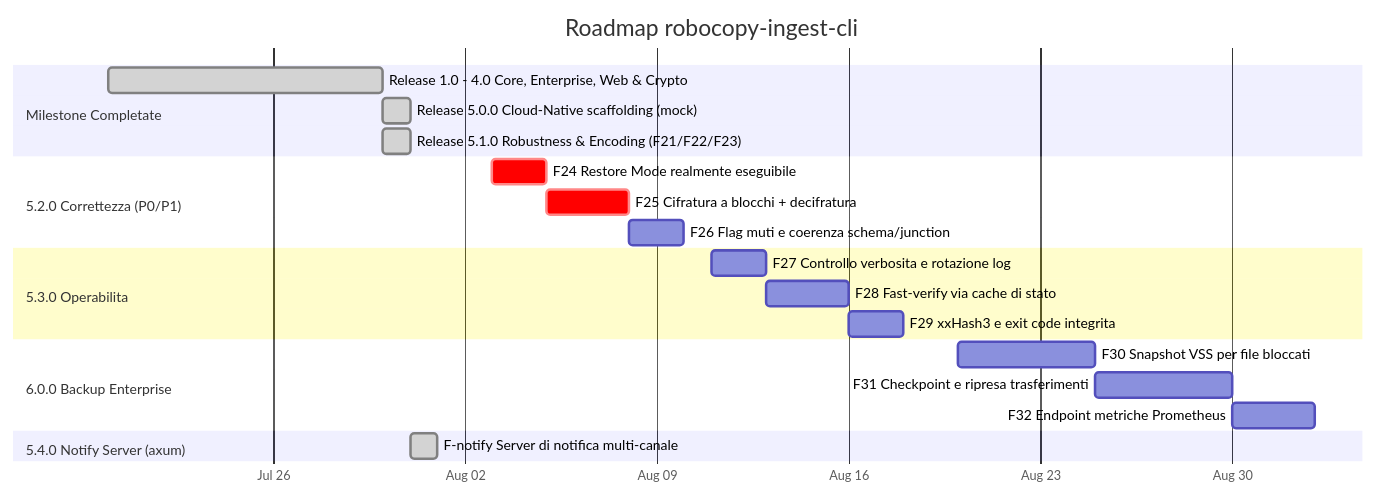
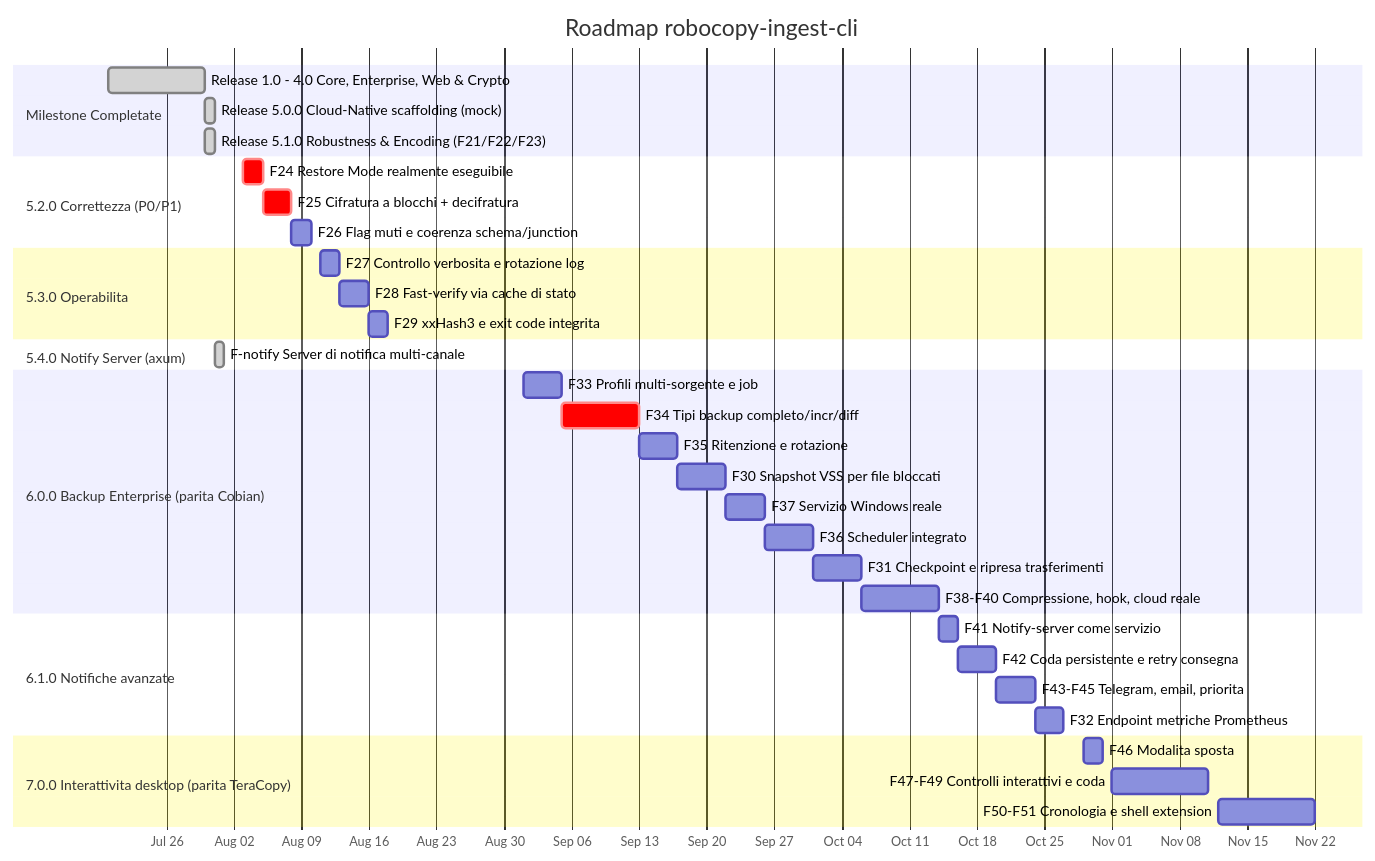
Before and after one commit to matrixNeo76/rustcopy: the diagram in ROADMAP.md, drawn with Mermaid. The commit also changed other lines of this file and 2 other files, not shown here.

First line of the commit message:
Add functional parity analysis vs TeraCopy/Cobian/ntfy and derived milestones

````diff
--- a/ROADMAP.md
+++ b/ROADMAP.md
@@ -11,29 +16,45 @@
 ```mermaid
 gantt
     title Roadmap robocopy-ingest-cli
     dateFormat YYYY-MM-DD
     axisFormat %b %d
 
     section Milestone Completate
     Release 1.0 - 4.0 Core, Enterprise, Web & Crypto :done, m1, 2026-07-20, 10d
     Release 5.0.0 Cloud-Native scaffolding (mock)     :done, m2, 2026-07-30, 1d
     Release 5.1.0 Robustness & Encoding (F21/F22/F23) :done, m3, 2026-07-30, 1d
 
     section 5.2.0 Correttezza (P0/P1)
     F24 Restore Mode realmente eseguibile             :crit, f24, 2026-08-03, 2d
     F25 Cifratura a blocchi + decifratura             :crit, f25, 2026-08-05, 3d
     F26 Flag muti e coerenza schema/junction          :f26, 2026-08-08, 2d
 
     section 5.3.0 Operabilita
     F27 Controllo verbosita e rotazione log           :f27, 2026-08-11, 2d
     F28 Fast-verify via cache di stato                :f28, 2026-08-13, 3d
     F29 xxHash3 e exit code integrita                 :f29, 2026-08-16, 2d
 
-    section 6.0.0 Backup Enterprise
-    F30 Snapshot VSS per file bloccati                :f30, 2026-08-20, 5d
-    F31 Checkpoint e ripresa trasferimenti            :f31, 2026-08-25, 5d
-    F32 Endpoint metriche Prometheus                  :f32, 2026-08-30, 3d
-
     section 5.4.0 Notify Server (axum)
     F-notify Server di notifica multi-canale          :done, fns, 2026-07-31, 1d
+
+    section 6.0.0 Backup Enterprise (parita Cobian)
+    F33 Profili multi-sorgente e job                  :f33, 2026-09-01, 4d
+    F34 Tipi backup completo/incr/diff                :crit, f34, 2026-09-05, 8d
+    F35 Ritenzione e rotazione                        :f35, 2026-09-13, 4d
+    F30 Snapshot VSS per file bloccati                :f30, 2026-09-17, 5d
+    F37 Servizio Windows reale                        :f37, 2026-09-22, 4d
+    F36 Scheduler integrato                           :f36, 2026-09-26, 5d
+    F31 Checkpoint e ripresa trasferimenti            :f31, 2026-10-01, 5d
+    F38-F40 Compressione, hook, cloud reale           :f38, 2026-10-06, 8d
+
+    section 6.1.0 Notifiche avanzate
+    F41 Notify-server come servizio                   :f41, 2026-10-14, 2d
+    F42 Coda persistente e retry consegna             :f42, 2026-10-16, 4d
+    F43-F45 Telegram, email, priorita                 :f43, 2026-10-20, 4d
+    F32 Endpoint metriche Prometheus                  :f32, 2026-10-24, 3d
+
+    section 7.0.0 Interattivita desktop (parita TeraCopy)
+    F46 Modalita sposta                               :f46, 2026-10-29, 2d
+    F47-F49 Controlli interattivi e coda              :f47, 2026-11-01, 10d
+    F50-F51 Cronologia e shell extension              :f50, 2026-11-12, 10d
 ```
````
